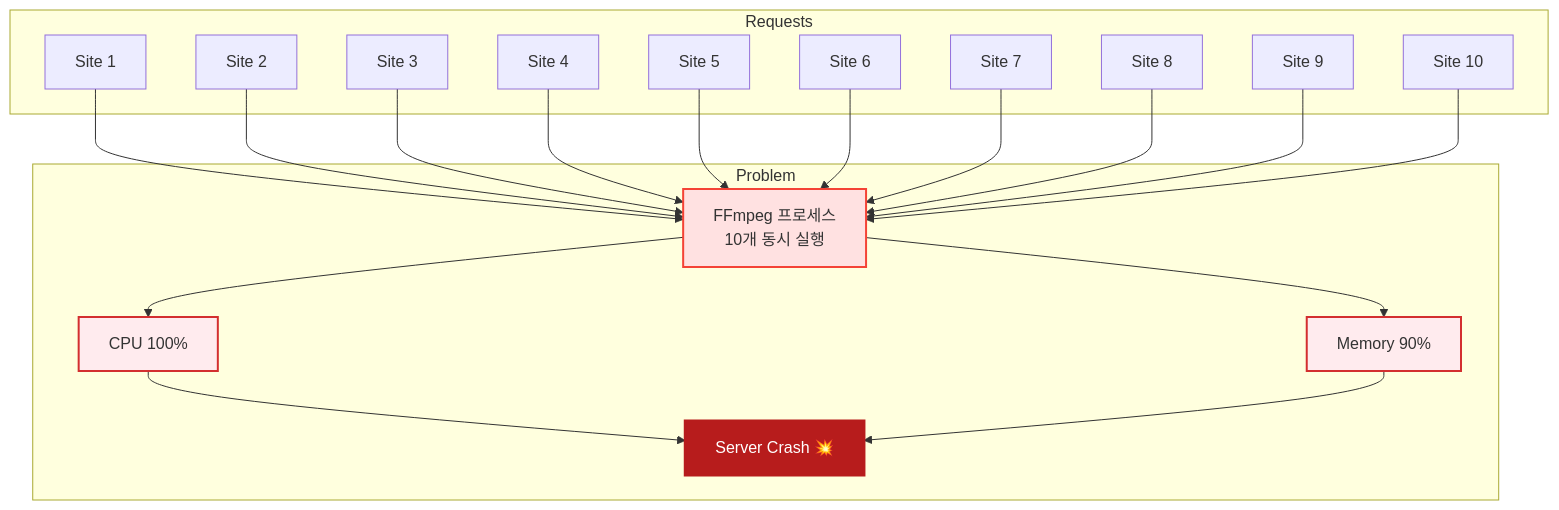
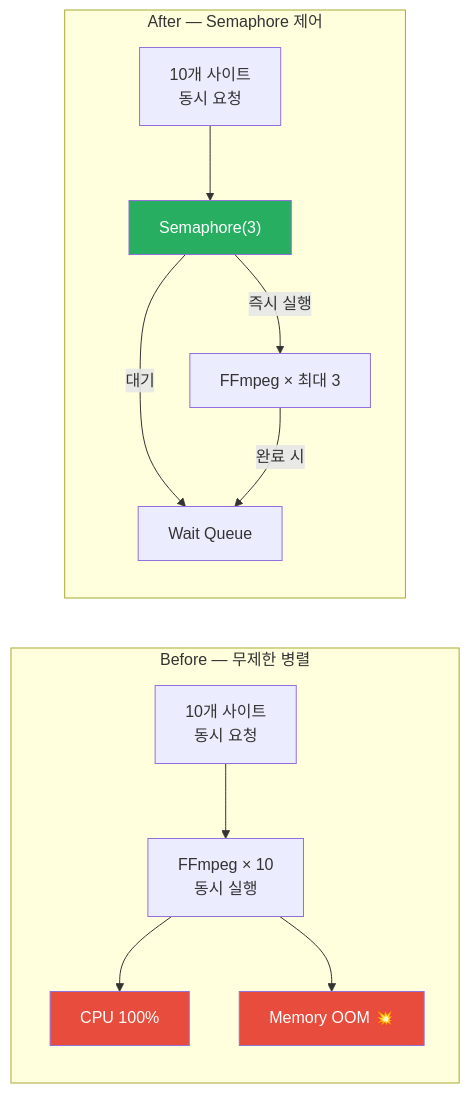
The fourth of 7 diagrams in TECHNICAL_CHALLENGES.md (1985jwlee/production-iot-backend), drawn with Mermaid before and after one commit. The commit also changed other lines of this file, not shown here.

````diff
--- a/TECHNICAL_CHALLENGES.md
+++ b/TECHNICAL_CHALLENGES.md
@@ -419,43 +243,18 @@
 ```mermaid
-graph TB
-    subgraph "Requests"
-        R1[Site 1]
-        R2[Site 2]
-        R3[Site 3]
-        R4[Site 4]
-        R5[Site 5]
-        R6[Site 6]
-        R7[Site 7]
-        R8[Site 8]
-        R9[Site 9]
-        R10[Site 10]
+graph LR
+    subgraph "Before — 무제한 병렬"
+        R1[10개 사이트\n동시 요청] --> FF[FFmpeg × 10\n동시 실행]
+        FF --> CPU[CPU 100%]
+        FF --> OOM[Memory OOM 💥]
     end
-    
-    subgraph "Problem"
-        FFMPEG[FFmpeg 프로세스<br/>10개 동시 실행]
-        CPU[CPU 100%]
-        MEM[Memory 90%]
-        CRASH[Server Crash 💥]
+    subgraph "After — Semaphore 제어"
+        R2[10개 사이트\n동시 요청] --> SEM["Semaphore(3)"]
+        SEM -->|즉시 실행| EX[FFmpeg × 최대 3]
+        SEM -->|대기| Q[Wait Queue]
+        EX -->|완료 시| Q
     end
-    
-    R1 --> FFMPEG
-    R2 --> FFMPEG
-    R3 --> FFMPEG
-    R4 --> FFMPEG
-    R5 --> FFMPEG
-    R6 --> FFMPEG
-    R7 --> FFMPEG
-    R8 --> FFMPEG
-    R9 --> FFMPEG
-    R10 --> FFMPEG
-    
-    FFMPEG --> CPU
-    FFMPEG --> MEM
-    CPU --> CRASH
-    MEM --> CRASH
-    
-    style FFMPEG fill:#ffe1e1,stroke:#f44336,stroke-width:2px
-    style CPU fill:#ffebee,stroke:#d32f2f,stroke-width:2px
-    style MEM fill:#ffebee,stroke:#d32f2f,stroke-width:2px
-    style CRASH fill:#b71c1c,stroke:#b71c1c,color:#fff,stroke-width:3px
+
+    style CPU fill:#e74c3c,color:#fff
+    style OOM fill:#e74c3c,color:#fff
+    style SEM fill:#27ae60,color:#fff
 ```
````
